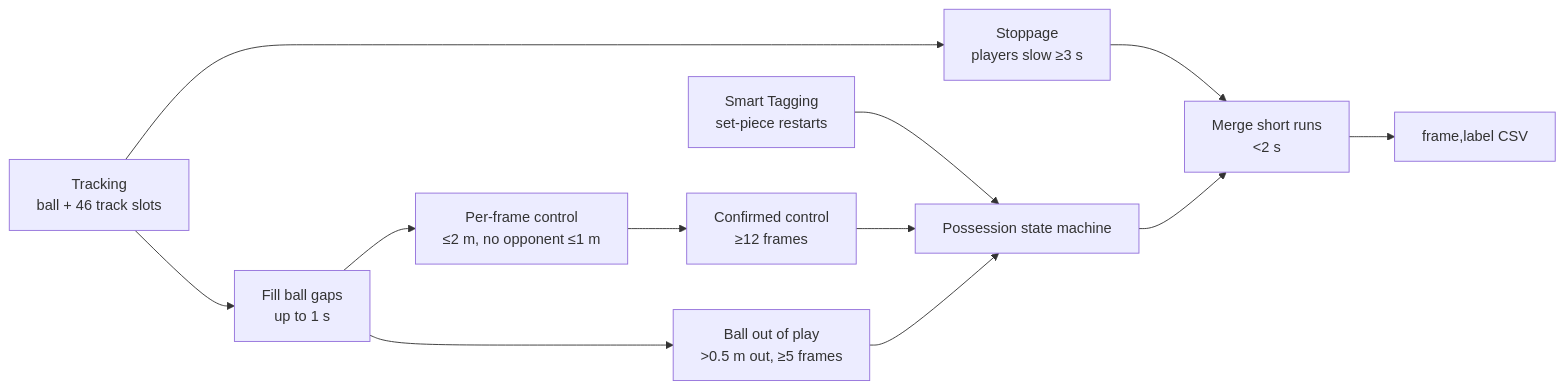
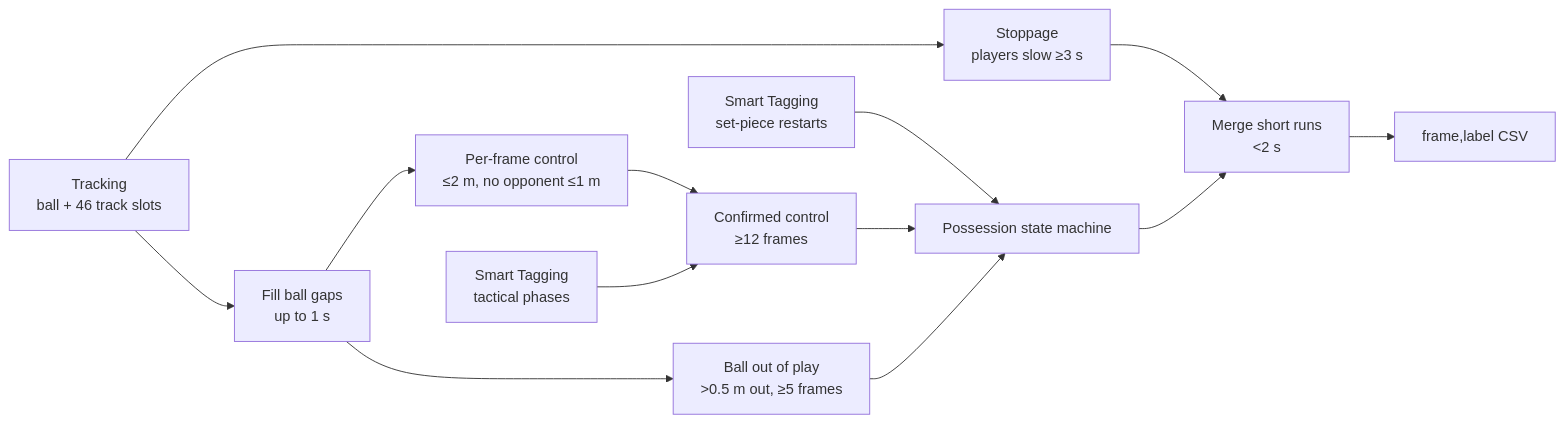
One commit to shanhtetsan/more-than-a-hack-2027 changed the diagram in README.md. Above: the diagram before and after it, drawn with Mermaid. The commit also changed other lines of this file and 9 other files, not shown here.

First line of the commit message:
v4: Smart Tagging tactical phases as possession evidence where the tracking is silent

````diff
--- a/README.md
+++ b/README.md
@@ -41,14 +41,15 @@
 ```mermaid
 flowchart LR
     A[Tracking<br/>ball + 46 track slots] --> B[Fill ball gaps<br/>up to 1 s]
     B --> C[Per-frame control<br/>≤2 m, no opponent ≤1 m]
     C --> D[Confirmed control<br/>≥12 frames]
     E[Smart Tagging<br/>set-piece restarts] --> F
+    P[Smart Tagging<br/>tactical phases] --> D
     B --> G[Ball out of play<br/>&gt;0.5 m out, ≥5 frames]
     D --> F[Possession state machine]
     G --> F
     A --> S[Stoppage<br/>players slow ≥3 s]
     S --> H
     F --> H[Merge short runs<br/>&lt;2 s]
     H --> I[frame,label CSV]
 ```
````
